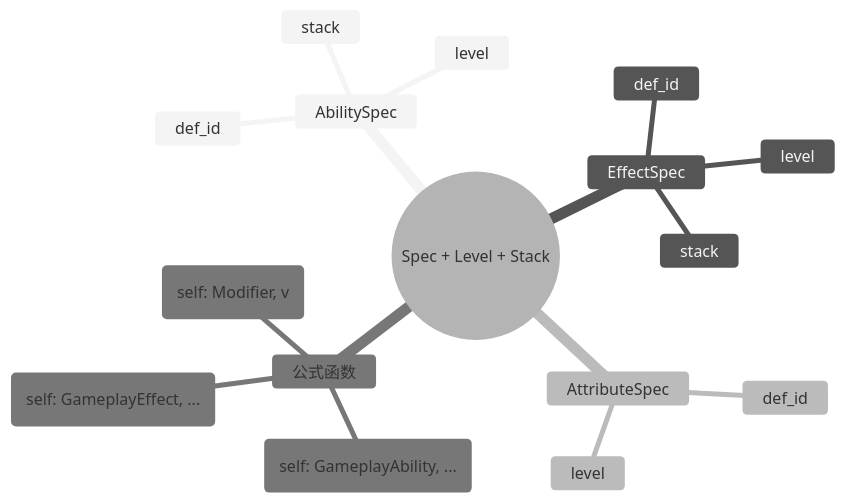
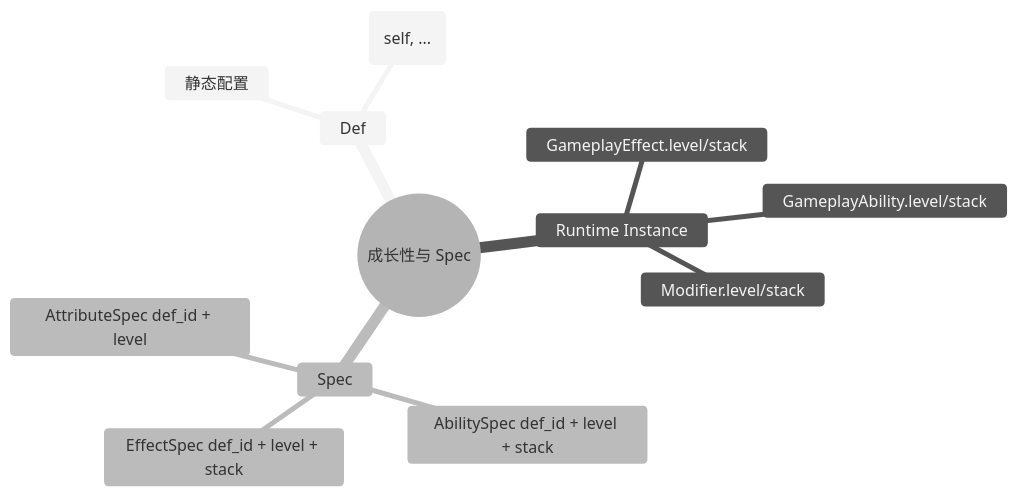
Before and after one commit to caorenmei/cgas: the diagram in docs/specs/mini_gas/spec-system.md, drawn with Mermaid. The commit also changed other lines of this file and 3 other files, not shown here.

````diff
--- a/docs/specs/mini_gas/spec-system.md
+++ b/docs/specs/mini_gas/spec-system.md
@@ -14,20 +18,16 @@
 ```mermaid
 %%{init: {'theme': 'neutral'}}%%
 mindmap
-  root((Spec + Level + Stack))
-    AbilitySpec
-      def_id
-      level
-      stack
-    EffectSpec
-      def_id
-      level
-      stack
-    AttributeSpec
-      def_id
-      level
-    公式函数
-      fun(self: GameplayAbility, ...)
-      fun(self: GameplayEffect, ...)
-      fun(self: Modifier, v)
+  root((成长性与 Spec))
+    Def
+      静态配置
+      公式函数 fun(self, ...)
+    Runtime Instance
+      GameplayAbility.level/stack
+      GameplayEffect.level/stack
+      Modifier.level/stack
+    Spec
+      AbilitySpec def_id + level + stack
+      EffectSpec def_id + level + stack
+      AttributeSpec def_id + level
 ```
````
